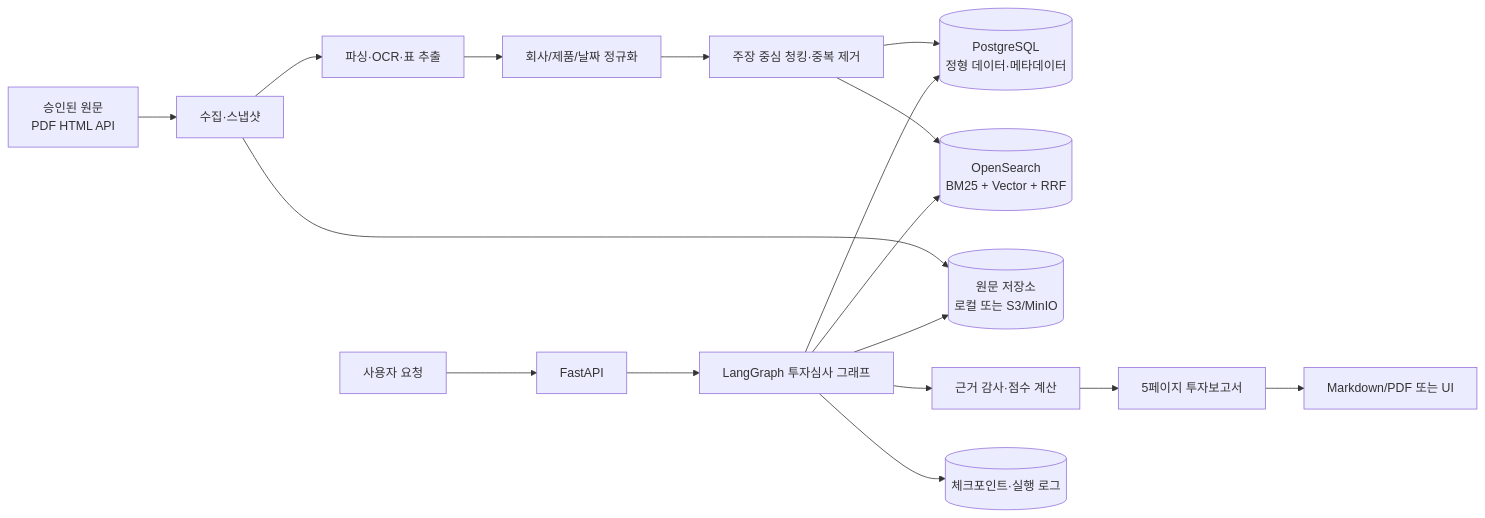
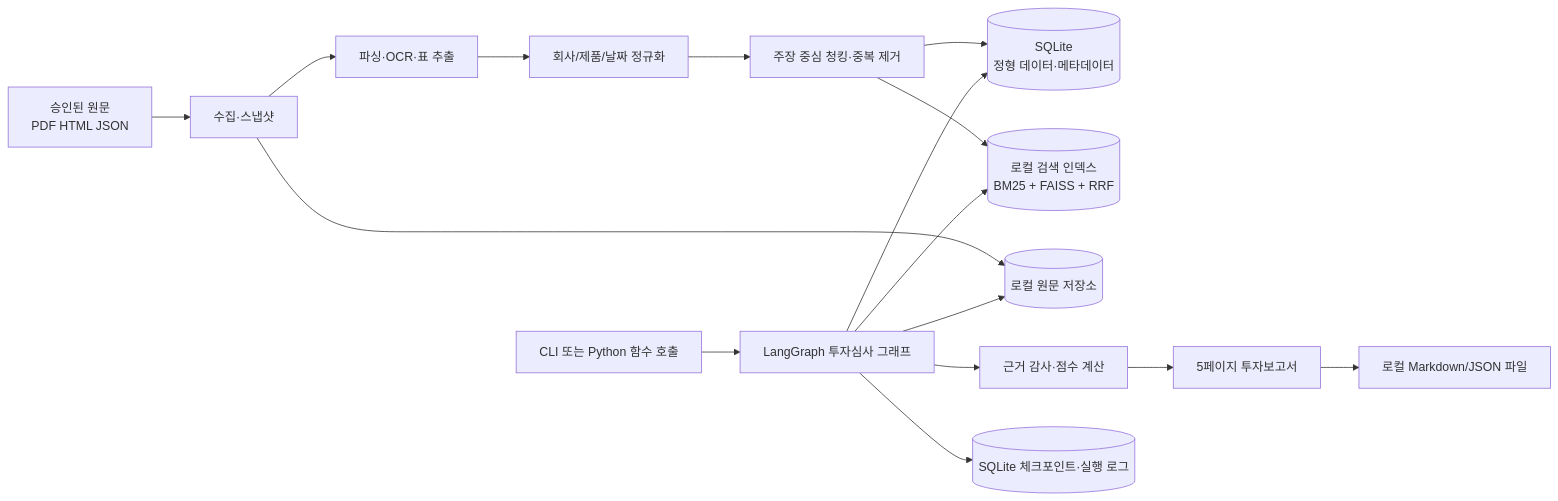
The first of 3 diagrams in docs/implementation-design.md (jihun-24k/skala-rag-pipeline), drawn with Mermaid before and after one commit. The commit also changed other lines of this file and 17 other files, not shown here.

````diff
--- a/docs/implementation-design.md
+++ b/docs/implementation-design.md
@@ -49,20 +49,19 @@
 ```mermaid
 flowchart LR
-    A[승인된 원문\nPDF HTML API] --> B[수집·스냅샷]
+    A[승인된 원문\nPDF HTML JSON] --> B[수집·스냅샷]
     B --> C[파싱·OCR·표 추출]
     C --> D[회사/제품/날짜 정규화]
     D --> E[주장 중심 청킹·중복 제거]
-    E --> F[(PostgreSQL\n정형 데이터·메타데이터)]
-    E --> G[(OpenSearch\nBM25 + Vector + RRF)]
-    B --> H[(원문 저장소\n로컬 또는 S3/MinIO)]
+    E --> F[(SQLite\n정형 데이터·메타데이터)]
+    E --> G[(로컬 검색 인덱스\nBM25 + FAISS + RRF)]
+    B --> H[(로컬 원문 저장소)]
 
-    U[사용자 요청] --> I[FastAPI]
-    I --> J[LangGraph 투자심사 그래프]
+    U[CLI 또는 Python 함수 호출] --> J[LangGraph 투자심사 그래프]
     J --> F
     J --> G
     J --> H
     J --> K[근거 감사·점수 계산]
     K --> L[5페이지 투자보고서]
-    J --> M[(체크포인트·실행 로그)]
-    L --> N[Markdown/PDF 또는 UI]
+    J --> M[(SQLite 체크포인트·실행 로그)]
+    L --> N[로컬 Markdown/JSON 파일]
 ```
````
